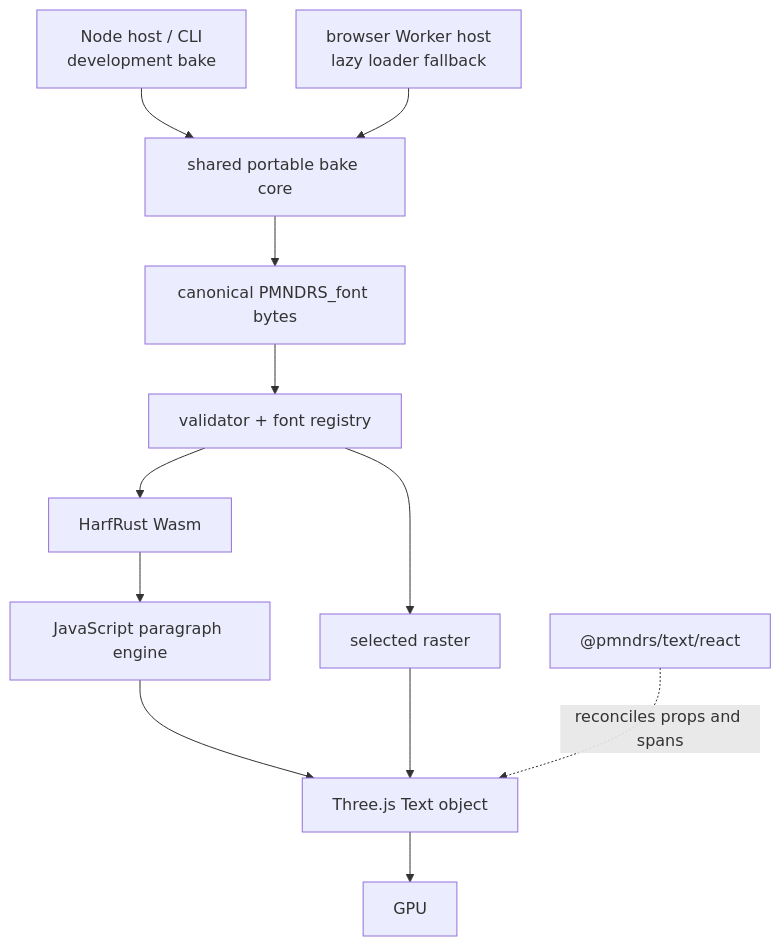
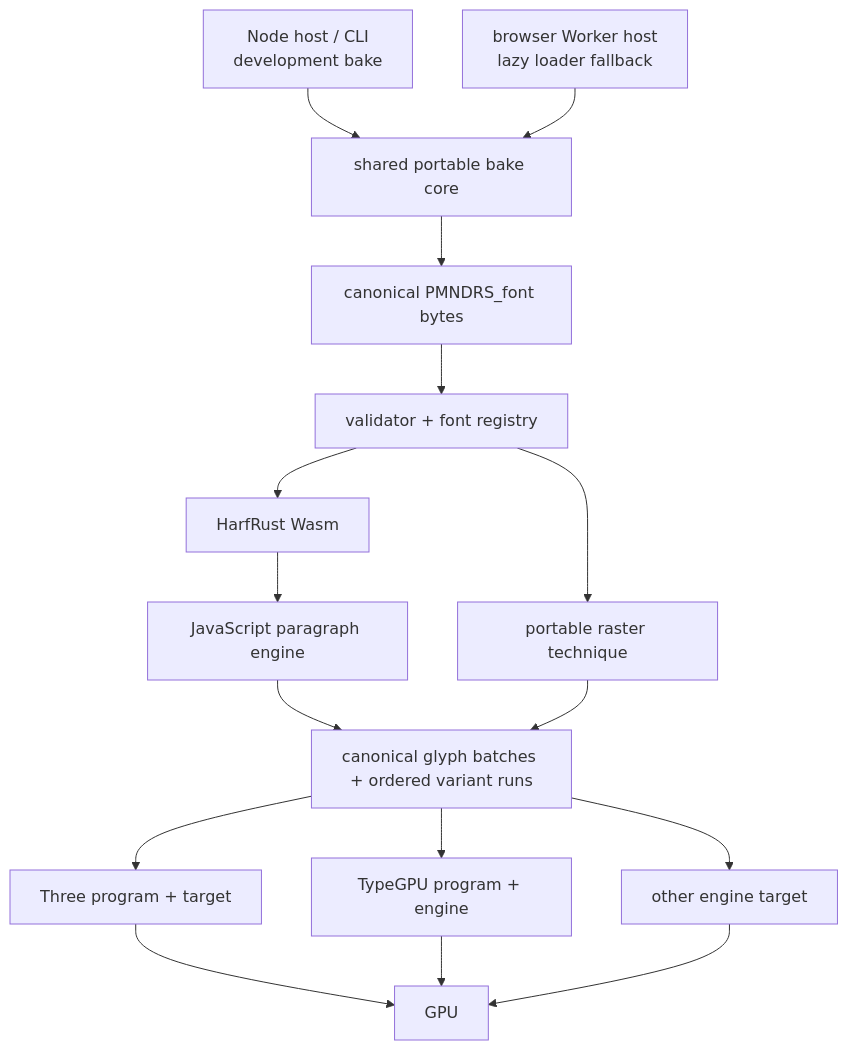
The first of 6 diagrams in docs/planning/architecture.md (alvarosabu/glyph), drawn with Mermaid before and after one commit. The commit also changed other lines of this file and 33 other files, not shown here.

First line of the commit message:
docs: define target v1 core and engine contracts (#44)

````diff
--- a/docs/planning/architecture.md
+++ b/docs/planning/architecture.md
@@ -31,14 +44,18 @@
 ```mermaid
 flowchart TD
   Node["Node host / CLI<br/>development bake"] --> Bake["shared portable bake core"]
   Worker["browser Worker host<br/>lazy loader fallback"] --> Bake
   Bake --> Bytes["canonical PMNDRS_font bytes"]
   Bytes --> Registry["validator + font registry"]
   Registry --> Shaper["HarfRust Wasm"]
-  Registry --> Raster["selected raster"]
+  Registry --> Technique["portable raster technique"]
   Shaper --> Paragraph["JavaScript paragraph engine"]
-  Paragraph --> Object["Three.js Text object"]
-  Raster --> Object
-  React["@pmndrs/text/react"] -. "reconciles props and spans" .-> Object
-  Object --> GPU["GPU"]
+  Paragraph --> Batch["canonical glyph batches + ordered variant runs"]
+  Technique --> Batch
+  Batch --> Three["Three program + target"]
+  Batch --> TypeGPU["TypeGPU program + engine"]
+  Batch --> Other["other engine target"]
+  Three --> GPU["GPU"]
+  TypeGPU --> GPU
+  Other --> GPU
 ```
````
